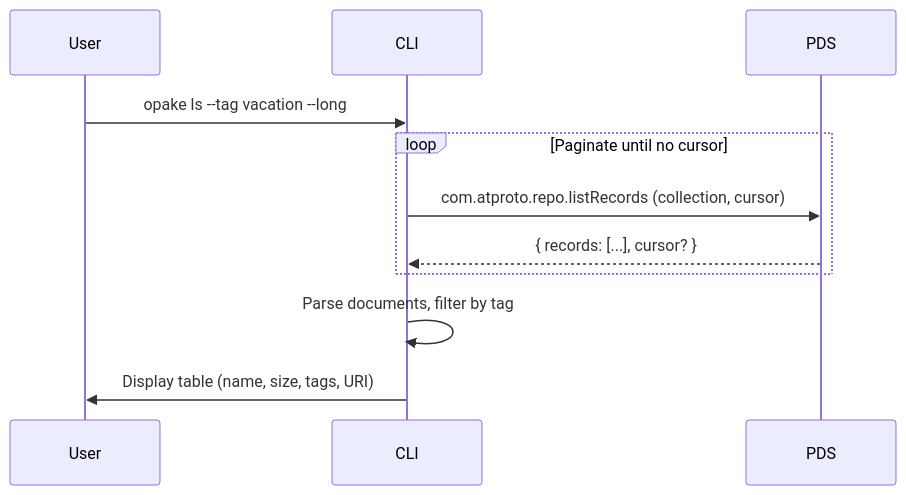
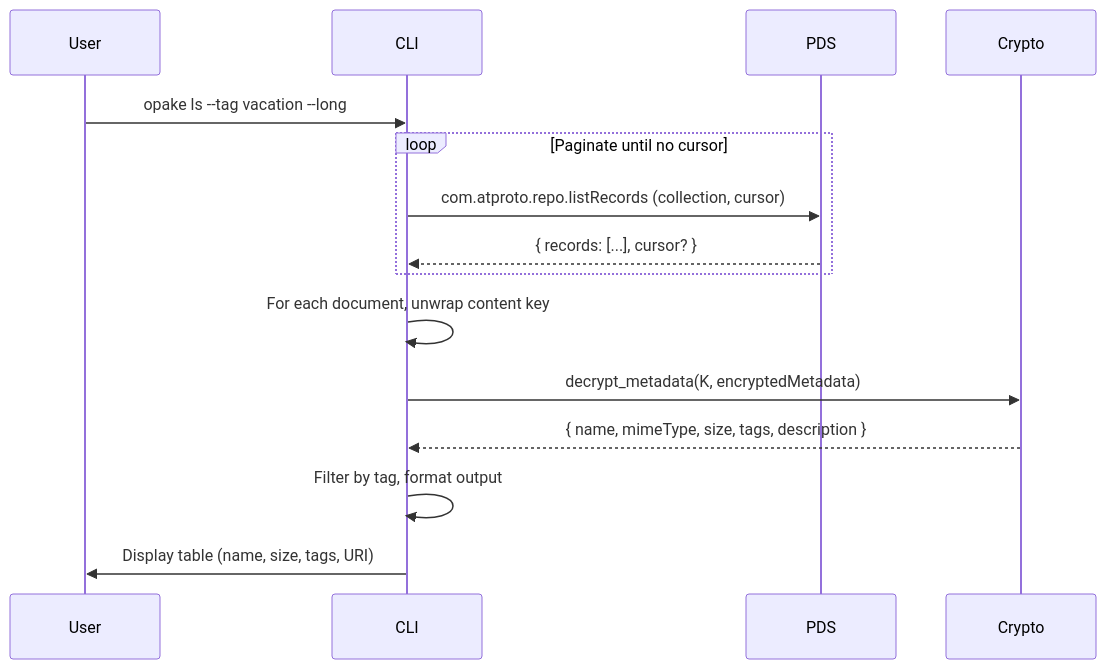
One commit to Sans-Self/Opake changed the fourth of 5 diagrams in docs/flows/documents.md. Above: the diagram before and after it, drawn with Mermaid. The commit also changed other lines of this file and 26 other files, not shown here.

First line of the commit message:
Add lazy async document name resolution to directory tree

````diff
--- a/docs/flows/documents.md
+++ b/docs/flows/documents.md
@@ -111,16 +114,20 @@
 ```mermaid
 sequenceDiagram
     participant User
     participant CLI
     participant PDS
 
     User->>CLI: opake ls --tag vacation --long
 
     loop Paginate until no cursor
         CLI->>PDS: com.atproto.repo.listRecords (collection, cursor)
         PDS-->>CLI: { records: [...], cursor? }
     end
 
-    CLI->>CLI: Parse documents, filter by tag
+    CLI->>CLI: For each document, unwrap content key
+    CLI->>Crypto: decrypt_metadata(K, encryptedMetadata)
+    Crypto-->>CLI: { name, mimeType, size, tags, description }
+
+    CLI->>CLI: Filter by tag, format output
     CLI->>User: Display table (name, size, tags, URI)
 ```
````
